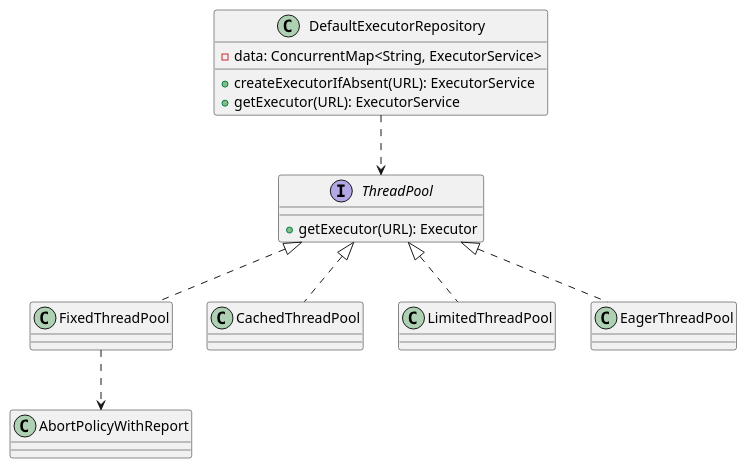
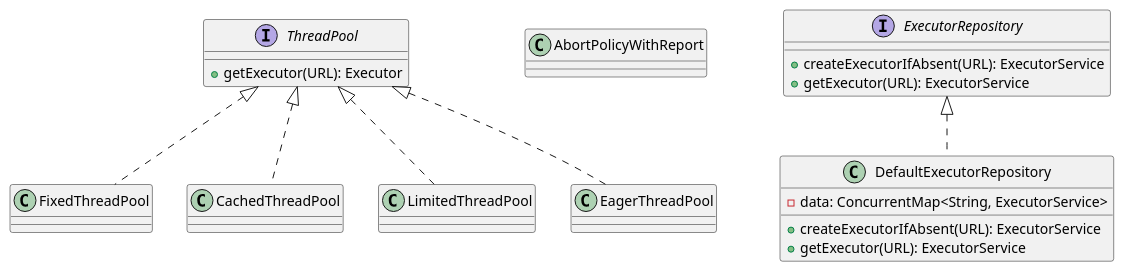
One commit to kevinwang930/kevinwang930.github.io changed diagram 12 of 16 in content/post/network/dubbo/index.md. Above: the diagram before and after it, drawn with PlantUML. The commit also changed other lines of this file, not shown here.

````diff
--- a/content/post/network/dubbo/index.md
+++ b/content/post/network/dubbo/index.md
@@ -1437,23 +1691,24 @@
 ```plantuml
 @startuml
 top to bottom direction
 
 interface ThreadPool {
   + getExecutor(URL): Executor
 }
 class FixedThreadPool implements ThreadPool
 class CachedThreadPool implements ThreadPool
 class LimitedThreadPool implements ThreadPool
 class EagerThreadPool implements ThreadPool
 class AbortPolicyWithReport
 
-class DefaultExecutorRepository {
+interface ExecutorRepository {
+  + createExecutorIfAbsent(URL): ExecutorService
+  + getExecutor(URL): ExecutorService
+}
+class DefaultExecutorRepository implements ExecutorRepository {
   - data: ConcurrentMap<String, ExecutorService>
   + createExecutorIfAbsent(URL): ExecutorService
   + getExecutor(URL): ExecutorService
 }
-
-FixedThreadPool ..> AbortPolicyWithReport
-DefaultExecutorRepository ..> ThreadPool
 @enduml
 ```
````
